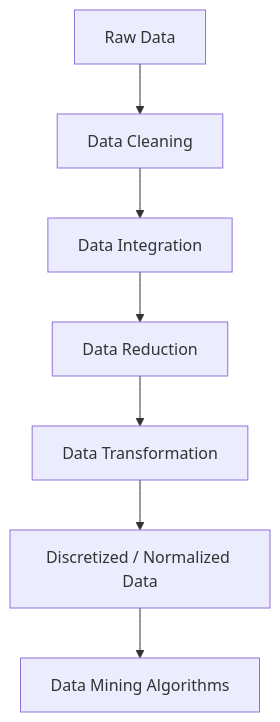
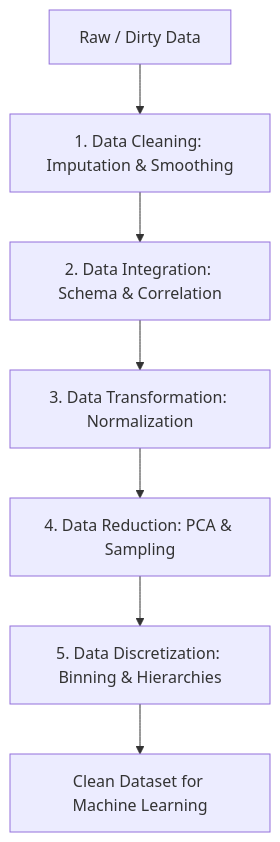
The first of 2 diagrams in notes/Chapter5_Data_Preprocessing.md (DeepLumiere/DeepSkills), drawn with Mermaid before and after one commit. The commit also changed other lines of this file and 4 other files, not shown here.

````diff
--- a/notes/Chapter5_Data_Preprocessing.md
+++ b/notes/Chapter5_Data_Preprocessing.md
@@ -17,9 +28,9 @@
 ```mermaid
 graph TD
-    A[Raw Data] --> B[Data Cleaning]
-    B --> C[Data Integration]
-    C --> D[Data Reduction]
-    D --> E[Data Transformation]
-    E --> F[Discretized / Normalized Data]
-    F --> G[Data Mining Algorithms]
+    Raw[Raw / Dirty Data] --> Clean[1. Data Cleaning: Imputation & Smoothing]
+    Clean --> Integ[2. Data Integration: Schema & Correlation]
+    Integ --> Trans[3. Data Transformation: Normalization]
+    Trans --> Reduc[4. Data Reduction: PCA & Sampling]
+    Reduc --> Disc[5. Data Discretization: Binning & Hierarchies]
+    Disc --> Mining[Clean Dataset for Machine Learning]
 ```
````
